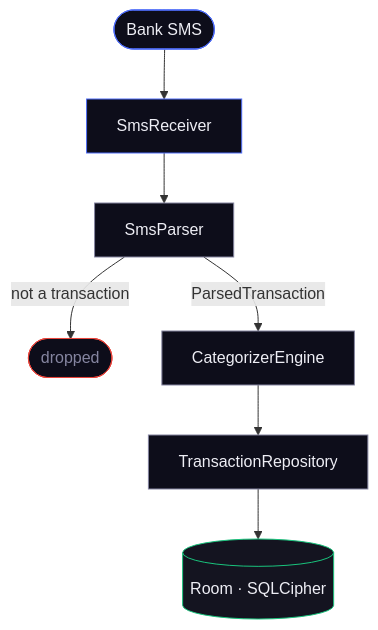
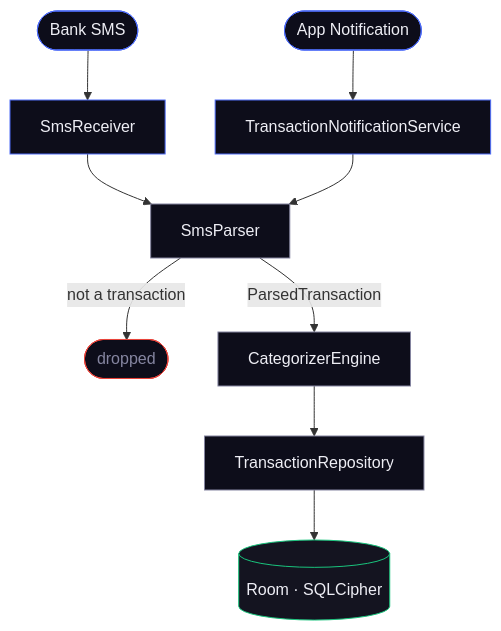
The first of 2 diagrams in README.md (insaneodyssey26/Cipher), drawn with Mermaid before and after one commit. The commit also changed other lines of this file and 6 other files, not shown here.

````diff
--- a/README.md
+++ b/README.md
@@ -70,19 +70,21 @@
 ```mermaid
 flowchart TD
     A([Bank SMS]) --> B[SmsReceiver]
+    A2([App Notification]) --> B2[TransactionNotificationService]
     B --> C[SmsParser]
+    B2 --> C
     C -->|not a transaction| D([dropped])
     C -->|ParsedTransaction| E[CategorizerEngine]
     E --> F[TransactionRepository]
     F --> G[(Room · SQLCipher)]
 
     classDef sys   fill:#0D0D1A,stroke:#4E6CF7,color:#EEEEF5
     classDef logic fill:#0D0D1A,stroke:#8585A0,color:#EEEEF5
     classDef store fill:#141420,stroke:#1AC47D,color:#EEEEF5
     classDef dead  fill:#0D0D1A,stroke:#E8453C,color:#8585A0
 
-    class A,B sys
+    class A,A2,B,B2 sys
     class C,E,F logic
     class G store
     class D dead
 ```
````
